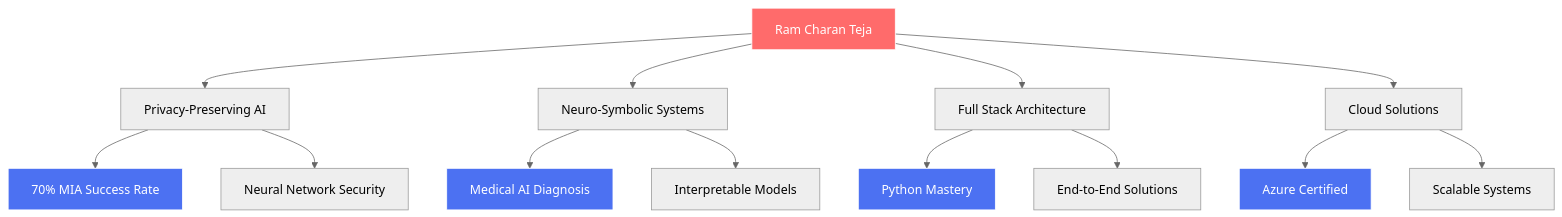
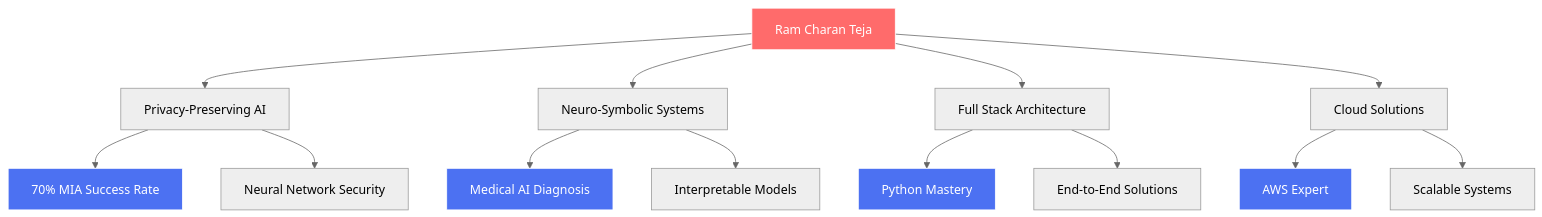
The diagram in README.md (RamCharanTeja-22/RamCharanTeja-22), drawn with Mermaid (neutral theme) before and after one commit. The commit also changed other lines of this file, not shown here.

````diff
--- a/README.md
+++ b/README.md
@@ -147,25 +147,25 @@
 ```mermaid
 graph TD
     A[Ram Charan Teja] --> B[Privacy-Preserving AI]
     A --> C[Neuro-Symbolic Systems]
     A --> D[Full Stack Architecture]
     A --> E[Cloud Solutions]
     
     B --> F[70% MIA Success Rate]
     B --> G[Neural Network Security]
     
     C --> H[Medical AI Diagnosis]
     C --> I[Interpretable Models]
     
     D --> J[Python Mastery]
     D --> K[End-to-End Solutions]
     
-    E --> L[Azure Certified]
+    E --> L[AWS Expert]
     E --> M[Scalable Systems]
     
     style A fill:#ff6b6b,stroke:#fff,color:#fff
     style F fill:#4c71f2,stroke:#fff,color:#fff
     style H fill:#4c71f2,stroke:#fff,color:#fff
     style J fill:#4c71f2,stroke:#fff,color:#fff
     style L fill:#4c71f2,stroke:#fff,color:#fff
 ```
````
